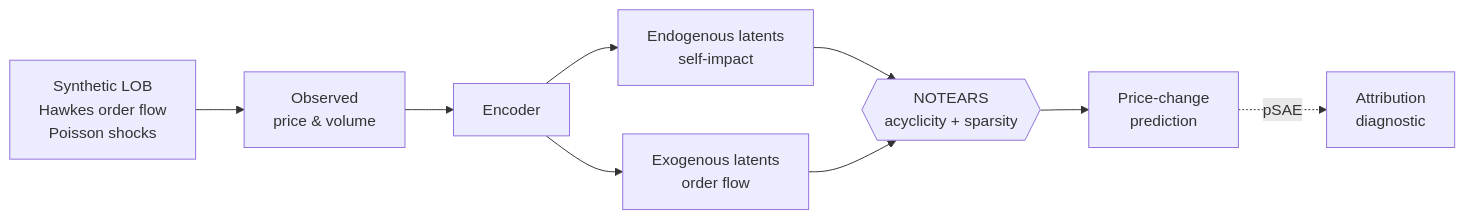
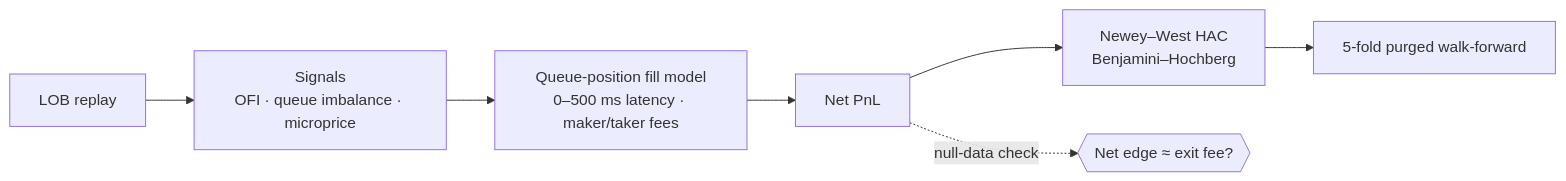
One commit to siddhardhad17/siddhardhad17 changed the diagram in README.md. Above: the diagram before and after it, drawn with Mermaid. The commit also changed other lines of this file, not shown here.

````diff
--- a/README.md
+++ b/README.md
@@ -54,11 +65,9 @@
 ```mermaid
 flowchart LR
-    LOB[Synthetic LOB<br/>Hawkes order flow<br/>Poisson shocks] --> OBS[Observed<br/>price & volume]
-    OBS --> ENC[Encoder]
-    ENC --> ENDO[Endogenous latents<br/>self-impact]
-    ENC --> EXO[Exogenous latents<br/>order flow]
-    ENDO --> NOTEARS{{NOTEARS<br/>acyclicity + sparsity}}
-    EXO --> NOTEARS
-    NOTEARS --> PRED[Price-change<br/>prediction]
-    PRED -. pSAE .-> EVAL[Attribution<br/>diagnostic]
+    LOB[LOB replay] --> SIG[Signals<br/>OFI · queue imbalance · microprice]
+    SIG --> FILL[Queue-position fill model<br/>0–500 ms latency · maker/taker fees]
+    FILL --> PNL[Net PnL]
+    PNL --> STAT[Newey–West HAC<br/>Benjamini–Hochberg]
+    STAT --> WF[5-fold purged walk-forward]
+    PNL -. null-data check .-> NULL{{Net edge ≈ exit fee?}}
 ```
````
